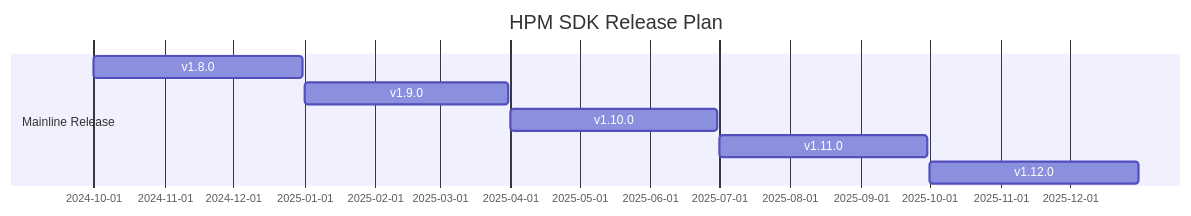
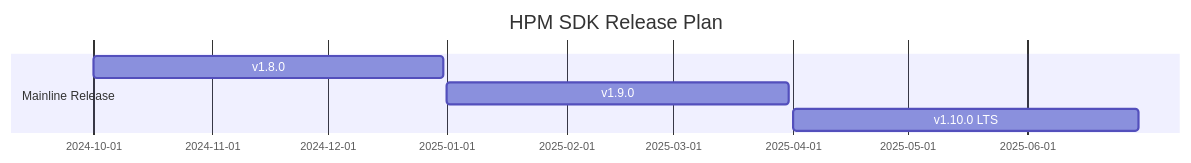
The diagram in hpm_sdk/README.md (hpmicro/sdk_env), drawn with Mermaid before and after one commit. The commit also changed other lines of this file and 24677 other files, not shown here.

````diff
--- a/hpm_sdk/README.md
+++ b/hpm_sdk/README.md
@@ -1,11 +1,9 @@
 ``` mermaid
 gantt
     title HPM SDK Release Plan
     dateFormat  YYYY-MM-DD
     section Mainline Release
     v1.8.0           :a1, 2024-10-01, 2024-12-31
     v1.9.0           :a2, 2025-01-01, 2025-03-31
-    v1.10.0          :a3, 2025-04-01, 2025-06-30
-    v1.11.0          :a4, 2025-07-01, 2025-09-30
-    v1.12.0          :a5, 2025-10-01, 2025-12-31
+    v1.10.0 LTS      :a3, 2025-04-01, 2025-06-30
 ```
````
